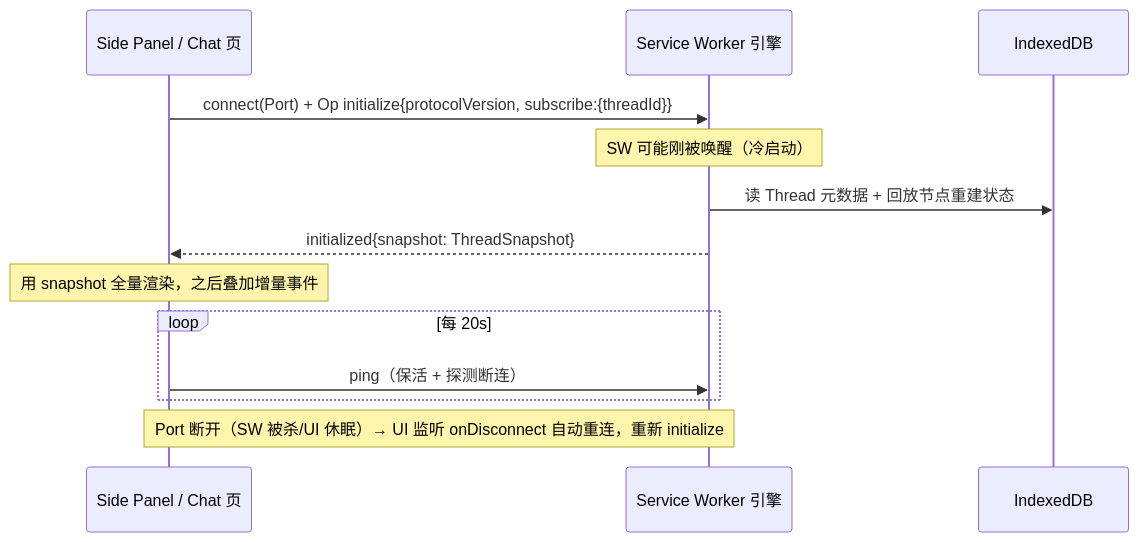
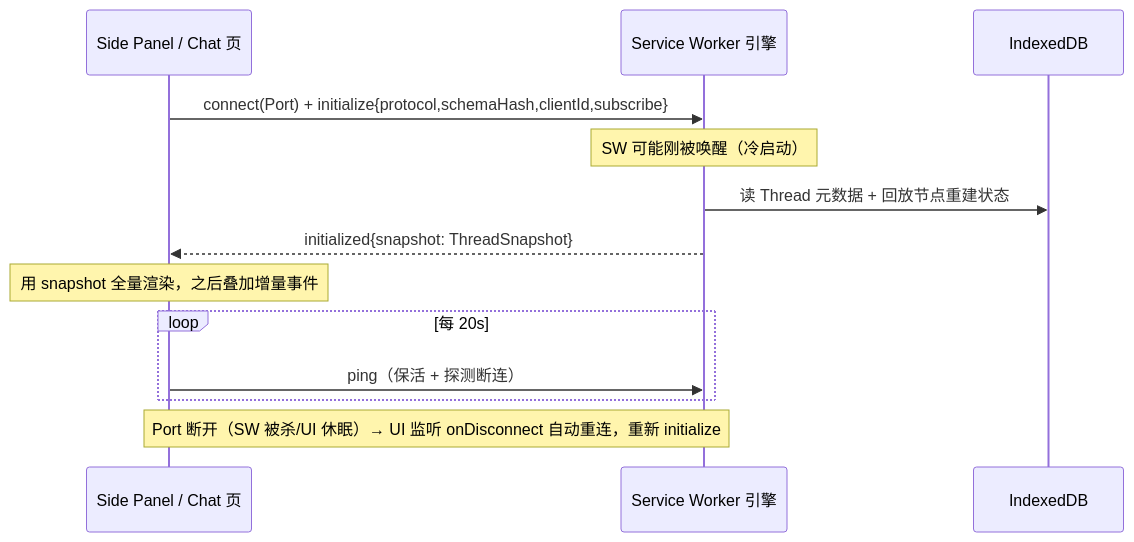
One commit to wangdiandao/Panelot changed the diagram in docs/01-architecture.md. Above: the diagram before and after it, drawn with Mermaid. The commit also changed other lines of this file and 231 other files, not shown here.

````diff
--- a/docs/01-architecture.md
+++ b/docs/01-architecture.md
@@ -136,16 +154,16 @@
 ```mermaid
 sequenceDiagram
   participant UI as Side Panel / Chat 页
   participant SW as Service Worker 引擎
   participant DB as IndexedDB
 
-  UI->>SW: connect(Port) + Op initialize{protocolVersion, subscribe:{threadId}}
+  UI->>SW: connect(Port) + initialize{protocol,schemaHash,clientId,subscribe}
   Note over SW: SW 可能刚被唤醒（冷启动）
   SW->>DB: 读 Thread 元数据 + 回放节点重建状态
   SW-->>UI: initialized{snapshot: ThreadSnapshot}
   Note over UI: 用 snapshot 全量渲染，之后叠加增量事件
   loop 每 20s
     UI->>SW: ping（保活 + 探测断连）
   end
   Note over SW,UI: Port 断开（SW 被杀/UI 休眠）→ UI 监听 onDisconnect 自动重连，重新 initialize
 ```
````
